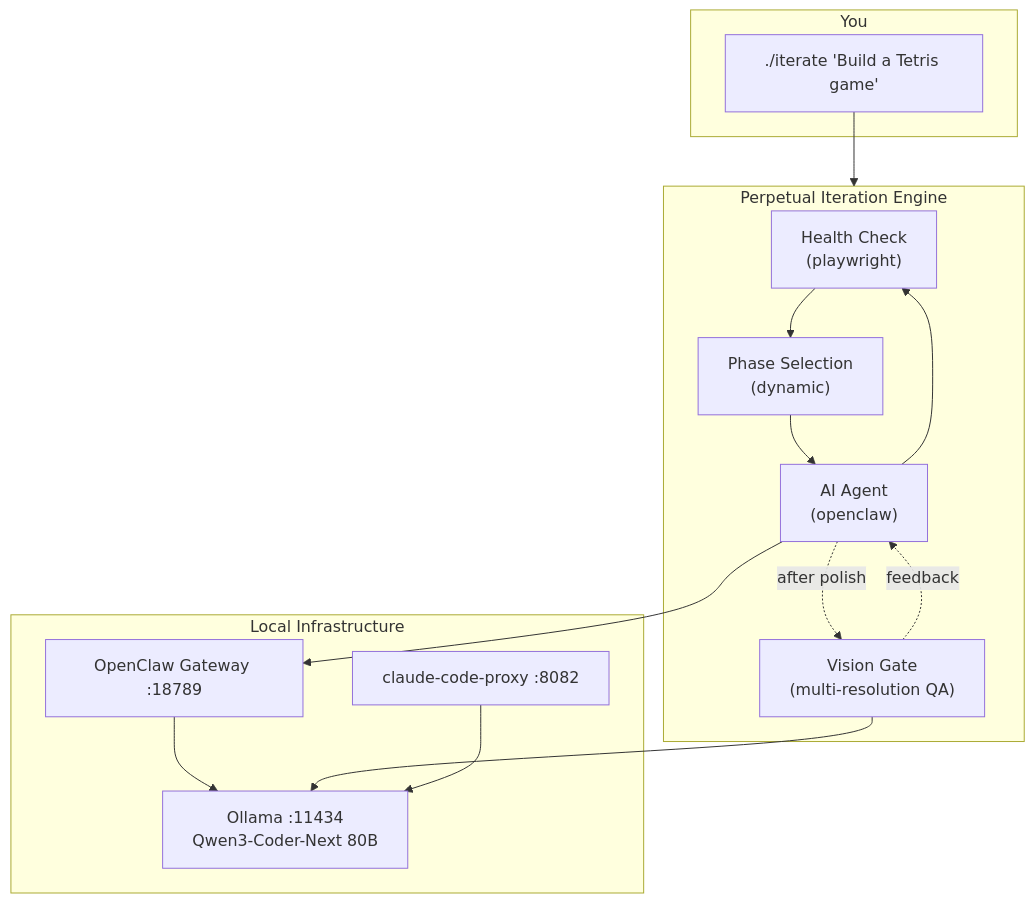
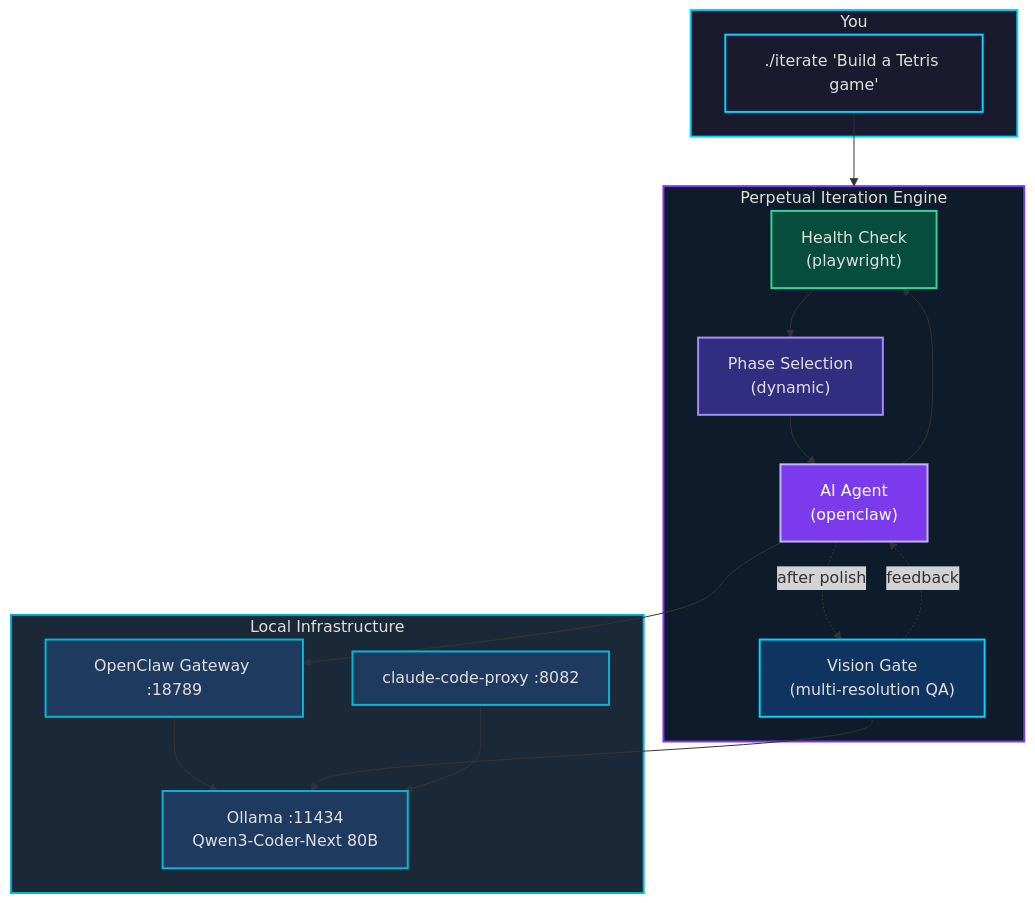
The second of 3 diagrams in README.md (mvalancy/tritium-coder), drawn with Mermaid before and after one commit. The commit also changed other lines of this file, not shown here.

First line of the commit message:
Style mermaid diagrams with dark teal/purple color palette

````diff
--- a/README.md
+++ b/README.md
@@ -55,31 +60,44 @@
 ```mermaid
 flowchart TB
     subgraph user["You"]
         CLI["./iterate 'Build a Tetris game'"]
     end
 
     subgraph engine["Perpetual Iteration Engine"]
         Health["Health Check\n(playwright)"]
         Select["Phase Selection\n(dynamic)"]
         Agent["AI Agent\n(openclaw)"]
         Vision["Vision Gate\n(multi-resolution QA)"]
 
         Health --> Select
         Select --> Agent
         Agent --> Health
         Agent -.->|"after polish"| Vision
         Vision -.->|"feedback"| Agent
     end
 
     subgraph infra["Local Infrastructure"]
         Ollama["Ollama :11434\nQwen3-Coder-Next 80B"]
         Gateway["OpenClaw Gateway :18789"]
         Proxy["claude-code-proxy :8082"]
     end
 
     CLI --> engine
     Agent --> Gateway
     Gateway --> Ollama
     Vision --> Ollama
     Proxy --> Ollama
+
+    style user fill:#1a1a2e,stroke:#00d4ff,color:#e0e0e0,stroke-width:2px
+    style engine fill:#0d1b2a,stroke:#7c3aed,color:#e0e0e0,stroke-width:2px
+    style infra fill:#1b2838,stroke:#06b6d4,color:#e0e0e0,stroke-width:2px
+
+    style CLI fill:#1a1a2e,stroke:#00d4ff,color:#e0e0e0,stroke-width:2px
+    style Health fill:#064e3b,stroke:#34d399,color:#e0e0e0,stroke-width:2px
+    style Select fill:#312e81,stroke:#a78bfa,color:#e0e0e0,stroke-width:2px
+    style Agent fill:#7c3aed,stroke:#c4b5fd,color:#ffffff,stroke-width:2px
+    style Vision fill:#0f3460,stroke:#00d4ff,color:#e0e0e0,stroke-width:2px
+    style Ollama fill:#1e3a5f,stroke:#06b6d4,color:#e0e0e0,stroke-width:2px
+    style Gateway fill:#1e3a5f,stroke:#06b6d4,color:#e0e0e0,stroke-width:2px
+    style Proxy fill:#1e3a5f,stroke:#06b6d4,color:#e0e0e0,stroke-width:2px
 ```
````
